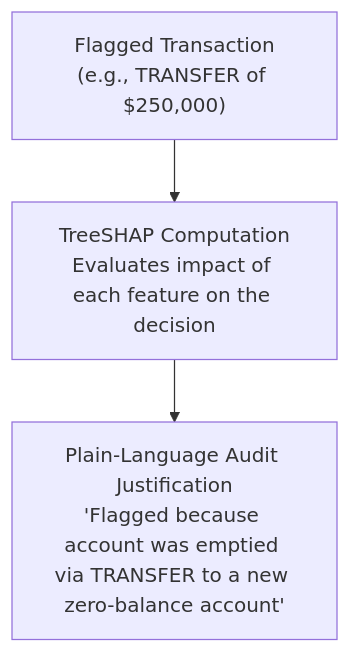
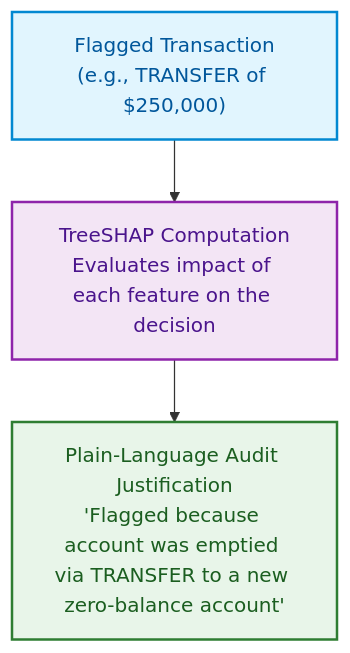
One commit to End-2007/Privacy-Preserving-Multi-Institutional-Financial-Fraud-Detection changed the third of 4 diagrams in ARCHITECTURE.md. Above: the diagram before and after it, drawn with Mermaid. The commit also changed other lines of this file and 2 other files, not shown here.

````diff
--- a/ARCHITECTURE.md
+++ b/ARCHITECTURE.md
@@ -87,8 +111,12 @@
 ```mermaid
 flowchart TD
     T["Flagged Transaction\n(e.g., TRANSFER of $250,000)"]
     S["TreeSHAP Computation\nEvaluates impact of each feature on the decision"]
     J["Plain-Language Audit Justification\n'Flagged because account was emptied via TRANSFER to a new zero-balance account'"]
 
     T --> S --> J
+
+    style T fill:#E1F5FE,stroke:#0288D1,stroke-width:2px,color:#01579B
+    style S fill:#F3E5F5,stroke:#8E24AA,stroke-width:2px,color:#4A148C
+    style J fill:#E8F5E9,stroke:#2E7D32,stroke-width:2px,color:#1B5E20
 ```
````
